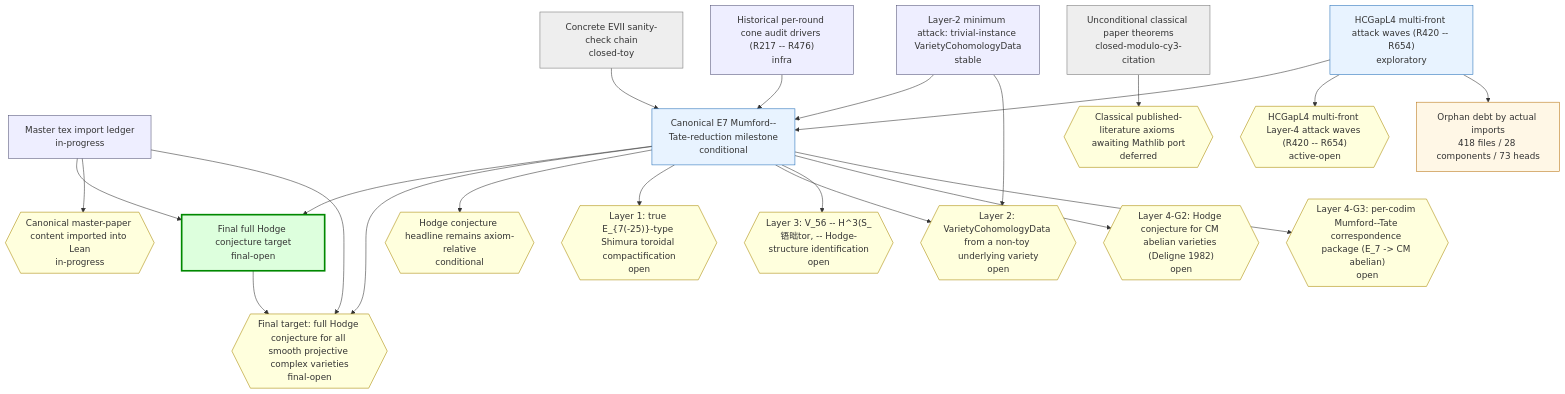
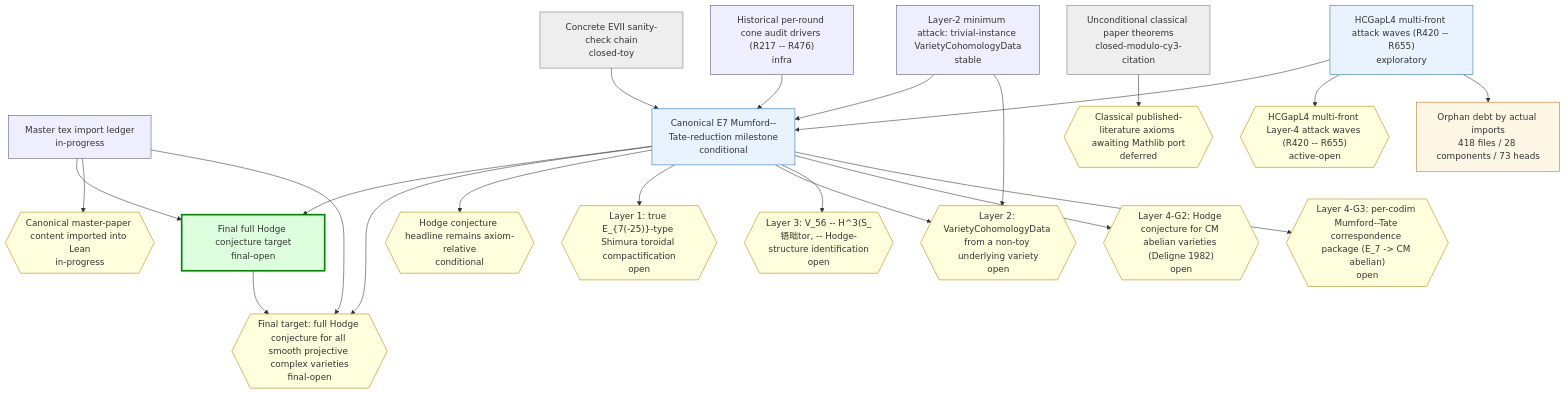
Before and after one commit to crabsatellite/hodge-conjecture-lean4-formalization: the first of 2 diagrams in chain-status/research-map.md, drawn with Mermaid. The commit also changed other lines of this file and 8 other files, not shown here.

````diff
--- a/chain-status/research-map.md
+++ b/chain-status/research-map.md
@@ -46,54 +46,54 @@
 ```mermaid
 graph TD
   classDef main fill:#dfd,stroke:#080,stroke-width:3px
   classDef active fill:#e8f3ff,stroke:#2670b8
   classDef support fill:#eef,stroke:#557
   classDef closed fill:#eee,stroke:#777
   classDef dead fill:#fdd,stroke:#a00,stroke-width:2px
   classDef gapOpen fill:#ffd,stroke:#a80
   classDef gapClosed fill:#eee,stroke:#777
   classDef gapDead fill:#fdd,stroke:#a00
   classDef debt fill:#fff7e6,stroke:#b87514
   classDef debtTaxonomy fill:#e8f3ff,stroke:#2670b8,stroke-dasharray:3 3
   classDef debtRule fill:#eefbea,stroke:#398439,stroke-dasharray:3 3
   classDef debtDead fill:#fdd,stroke:#a00,stroke-dasharray:3 3
   chain_full_hc_final_target["Final full Hodge conjecture target\nfinal-open"]:::main
   chain_master_paper_import_ledger["Master tex import ledger\nin-progress"]:::support
   chain_main_hc_axiom_relative["Canonical E7 Mumford--Tate-reduction milestone\nconditional"]:::active
   chain_unconditional_classical["Unconditional classical paper theorems\nclosed-modulo-cy3-citation"]:::closed
   chain_hcgap_l2_trivial_instances["Layer-2 minimum attack: trivial-instance VarietyCohomologyData\nstable"]:::support
-  chain_hcgap_l4_multifront_active["HCGapL4 multi-front attack waves (R420 -- R654)\nexploratory"]:::active
+  chain_hcgap_l4_multifront_active["HCGapL4 multi-front attack waves (R420 -- R655)\nexploratory"]:::active
   chain_concrete_evii_toy["Concrete EVII sanity-check chain\nclosed-toy"]:::closed
   chain_historical_cone_audits["Historical per-round cone audit drivers (R217 -- R476)\ninfra"]:::support
   gap_G_full_hc{{"Final target: full Hodge conjecture for all smooth projective complex varieties\nfinal-open"}}:::gapOpen
   gap_G_master_paper_import{{"Canonical master-paper content imported into Lean\nin-progress"}}:::gapOpen
   gap_G_main_hc{{"Hodge conjecture headline remains axiom-relative\nconditional"}}:::gapOpen
   gap_G_l1_e7_shimura_tor{{"Layer 1: true E_{7(-25)}-type Shimura toroidal compactification\nopen"}}:::gapOpen
   gap_G_l2_cohomology_construction{{"Layer 2: VarietyCohomologyData from a non-toy underlying variety\nopen"}}:::gapOpen
   gap_G_l3_v56_mt_identification{{"Layer 3: V_56 -- H^3(S_铻昢tor, -- Hodge-structure identification\nopen"}}:::gapOpen
   gap_G_l4_cm_abelian_hc{{"Layer 4-G2: Hodge conjecture for CM abelian varieties (Deligne 1982)\nopen"}}:::gapOpen
   gap_G_l4_mt_correspondence{{"Layer 4-G3: per-codim Mumford--Tate correspondence package (E_7 -> CM abelian)\nopen"}}:::gapOpen
   gap_G_classical_mathlib_port{{"Classical published-literature axioms awaiting Mathlib port\ndeferred"}}:::gapOpen
-  gap_G_hcgap_l4_multifront{{"HCGapL4 multi-front Layer-4 attack waves (R420 -- R654)\nactive-open"}}:::gapOpen
+  gap_G_hcgap_l4_multifront{{"HCGapL4 multi-front Layer-4 attack waves (R420 -- R655)\nactive-open"}}:::gapOpen
   chain_full_hc_final_target --> gap_G_full_hc
   chain_master_paper_import_ledger --> chain_full_hc_final_target
   chain_master_paper_import_ledger --> gap_G_master_paper_import
   chain_master_paper_import_ledger --> gap_G_full_hc
   chain_main_hc_axiom_relative --> chain_full_hc_final_target
   chain_main_hc_axiom_relative --> gap_G_full_hc
   chain_main_hc_axiom_relative --> gap_G_main_hc
   chain_main_hc_axiom_relative --> gap_G_l1_e7_shimura_tor
   chain_main_hc_axiom_relative --> gap_G_l2_cohomology_construction
   chain_main_hc_axiom_relative --> gap_G_l3_v56_mt_identification
   chain_main_hc_axiom_relative --> gap_G_l4_cm_abelian_hc
   chain_main_hc_axiom_relative --> gap_G_l4_mt_correspondence
   chain_unconditional_classical --> gap_G_classical_mathlib_port
   chain_hcgap_l2_trivial_instances --> chain_main_hc_axiom_relative
   chain_hcgap_l2_trivial_instances --> gap_G_l2_cohomology_construction
   chain_hcgap_l4_multifront_active --> chain_main_hc_axiom_relative
   chain_hcgap_l4_multifront_active --> gap_G_hcgap_l4_multifront
   chain_concrete_evii_toy --> chain_main_hc_axiom_relative
   chain_historical_cone_audits --> chain_main_hc_axiom_relative
   debt_all["Orphan debt by actual imports\n418 files / 28 components / 73 heads"]:::debt
   chain_hcgap_l4_multifront_active --> debt_all
 ```
````
